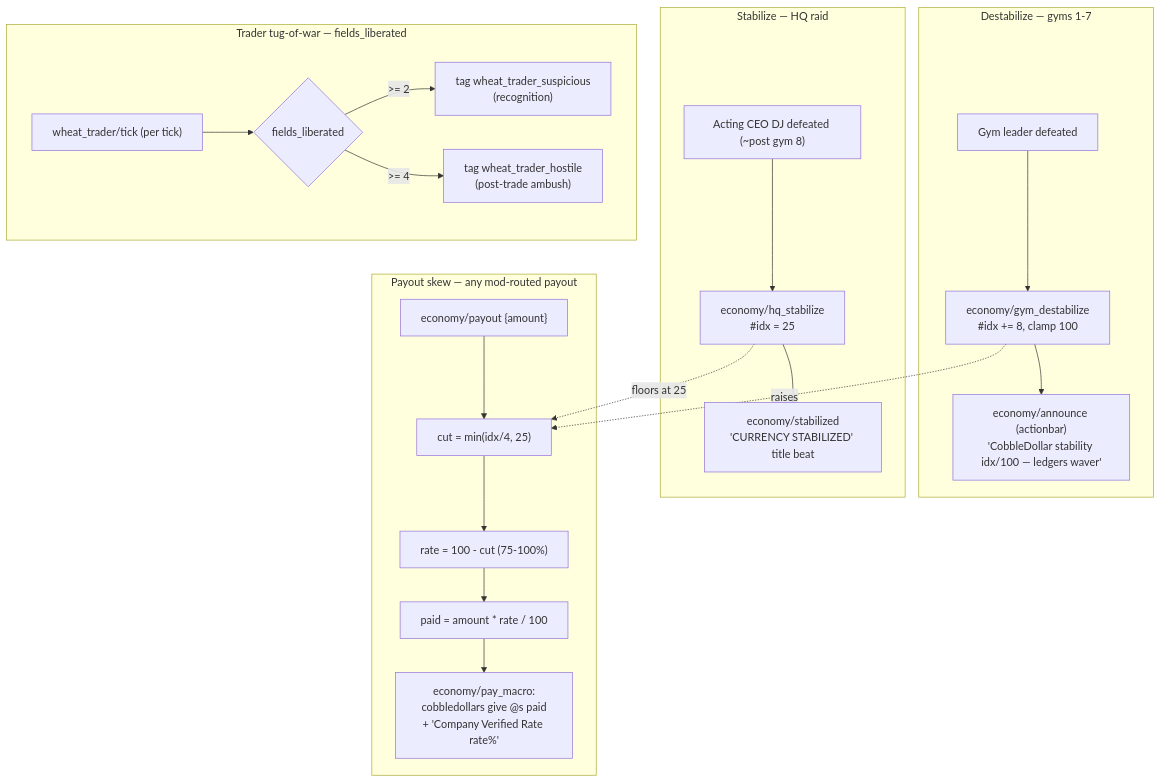
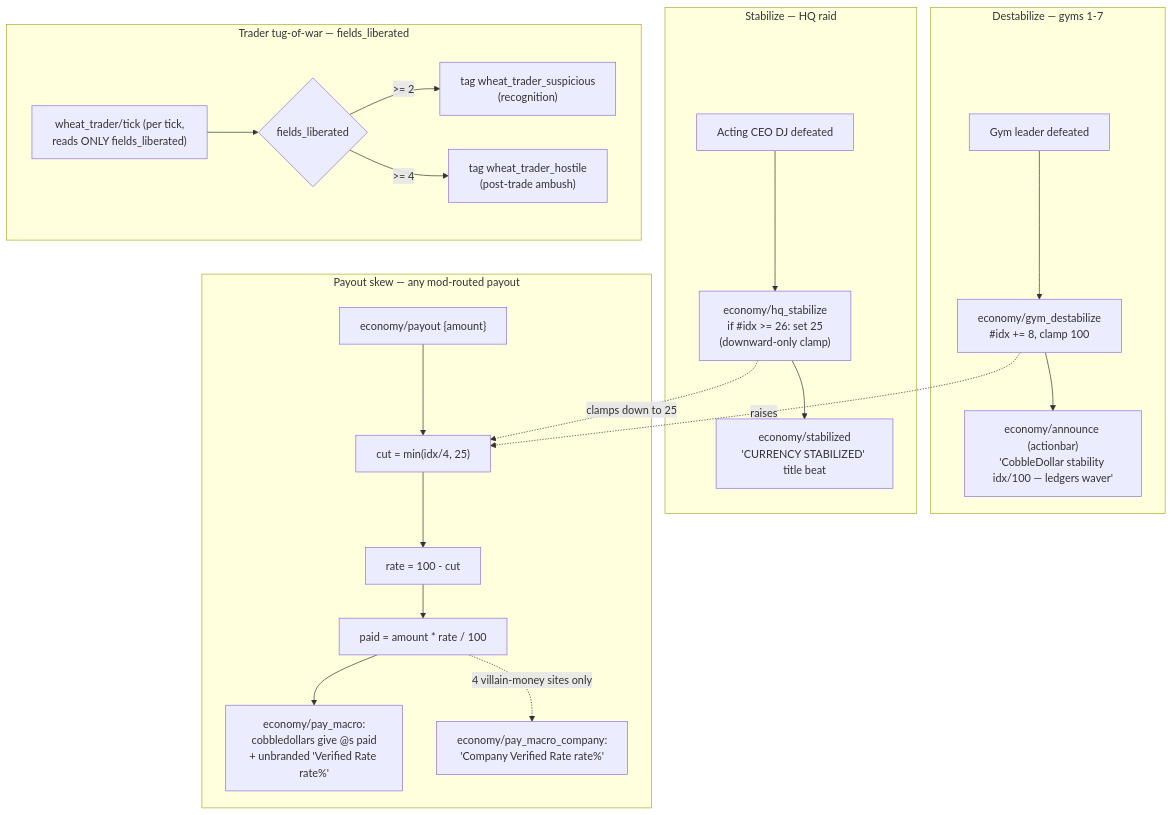
One commit to The-Company-Inc-Nerds/the-cobblemon-initiative changed the sixth of 10 diagrams in wiki/Architecture-Data-Flows.md. Above: the diagram before and after it, drawn with Mermaid. The commit also changed other lines of this file and 456 other files, not shown here.

````diff
--- a/wiki/Architecture-Data-Flows.md
+++ b/wiki/Architecture-Data-Flows.md
@@ -170,24 +184,25 @@
 ```mermaid
 flowchart TD
   subgraph Rise["Destabilize — gyms 1-7"]
     G["Gym leader defeated"] --> GD["economy/gym_destabilize<br/>#idx += 8, clamp 100"]
     GD --> GA["economy/announce (actionbar)<br/>'CobbleDollar stability idx/100 — ledgers waver'"]
   end
   subgraph Stab["Stabilize — HQ raid"]
-    DJ["Acting CEO DJ defeated (~post gym 8)"] --> HS["economy/hq_stabilize<br/>#idx = 25"]
+    DJ["Acting CEO DJ defeated"] --> HS["economy/hq_stabilize<br/>if #idx >= 26: set 25<br/>(downward-only clamp)"]
     HS --> SA["economy/stabilized<br/>'CURRENCY STABILIZED' title beat"]
   end
   subgraph Pay["Payout skew — any mod-routed payout"]
     P0["economy/payout {amount}"] --> P1["cut = min(idx/4, 25)"]
-    P1 --> P2["rate = 100 - cut  (75-100%)"]
+    P1 --> P2["rate = 100 - cut"]
     P2 --> P3["paid = amount * rate / 100"]
-    P3 --> P4["economy/pay_macro:<br/>cobbledollars give @s paid<br/>+ 'Company Verified Rate rate%'"]
+    P3 --> P4["economy/pay_macro:<br/>cobbledollars give @s paid<br/>+ unbranded 'Verified Rate rate%'"]
+    P3 -. "4 villain-money sites only" .-> P5["economy/pay_macro_company:<br/>'Company Verified Rate rate%'"]
   end
   subgraph Trade["Trader tug-of-war — fields_liberated"]
-    T0["wheat_trader/tick (per tick)"] --> T1{"fields_liberated"}
+    T0["wheat_trader/tick (per tick,<br/>reads ONLY fields_liberated)"] --> T1{"fields_liberated"}
     T1 -- ">= 2" --> T2["tag wheat_trader_suspicious<br/>(recognition)"]
     T1 -- ">= 4" --> T3["tag wheat_trader_hostile<br/>(post-trade ambush)"]
   end
   GD -. raises .-> P1
-  HS -. floors at 25 .-> P1
+  HS -. clamps down to 25 .-> P1
 ```
````
